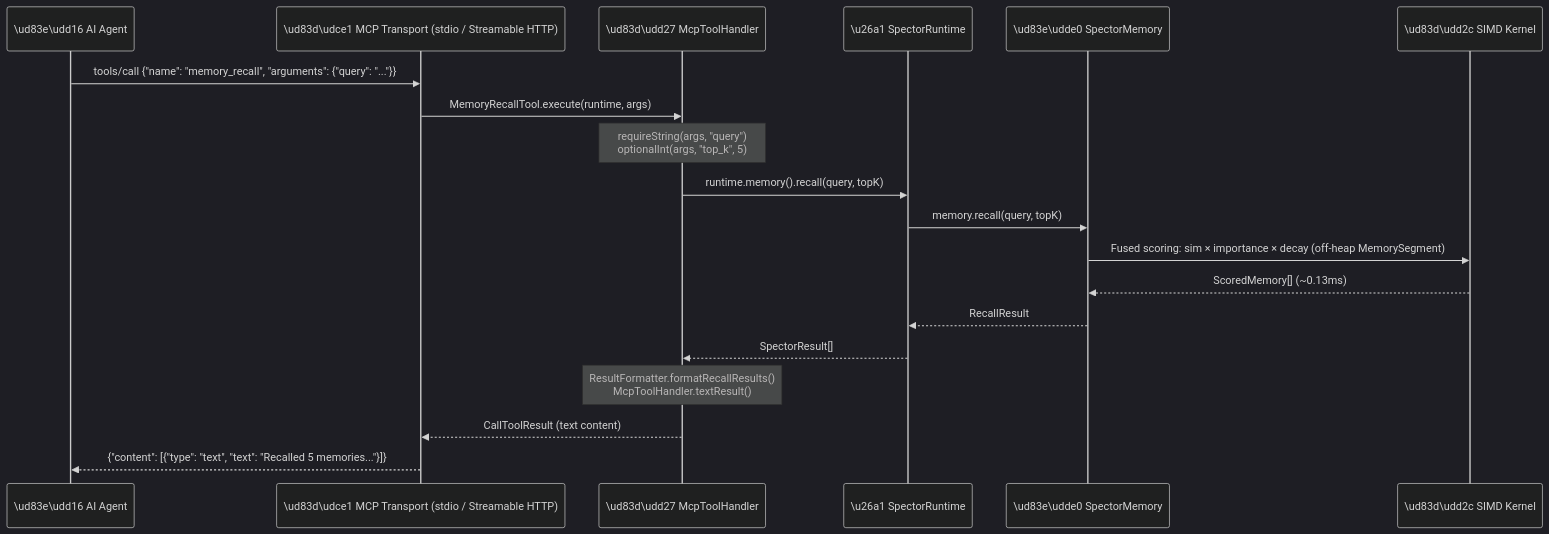
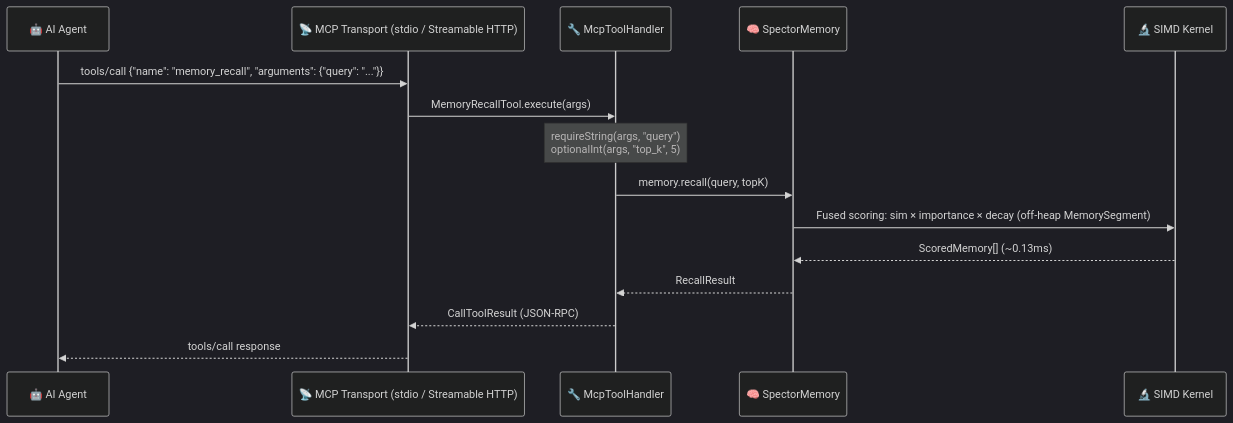
Before and after one commit to spectrayan/spector: the second of 4 diagrams in docs/docs/architecture/mcp-integration.md, drawn with Mermaid (dark theme). The commit also changed other lines of this file and 125 other files, not shown here.

First line of the commit message:
refactor(synapse): consolidate mcp and cli into spectorctl, decommission runtime dist and client (#658)

````diff
--- a/docs/docs/architecture/mcp-integration.md
+++ b/docs/docs/architecture/mcp-integration.md
@@ -87,26 +82,20 @@
 ```mermaid
 sequenceDiagram
-    participant Agent as \ud83e\udd16 AI Agent
-    participant MCP as \ud83d\udce1 MCP Transport (stdio / Streamable HTTP)
-    participant Handler as \ud83d\udd27 McpToolHandler
-    participant Runtime as \u26a1 SpectorRuntime
-    participant Memory as \ud83e\udde0 SpectorMemory
-    participant SIMD as \ud83d\udd2c SIMD Kernel
+    participant Agent as 🤖 AI Agent
+    participant MCP as 📡 MCP Transport (stdio / Streamable HTTP)
+    participant Handler as 🔧 McpToolHandler
+    participant Memory as 🧠 SpectorMemory
+    participant SIMD as 🔬 SIMD Kernel
 
     Agent->>MCP: tools/call {"name": "memory_recall", "arguments": {"query": "..."}}
-    MCP->>Handler: MemoryRecallTool.execute(runtime, args)
+    MCP->>Handler: MemoryRecallTool.execute(args)
     
     Note over Handler: requireString(args, "query")<br/>optionalInt(args, "top_k", 5)
     
-    Handler->>Runtime: runtime.memory().recall(query, topK)
-    Runtime->>Memory: memory.recall(query, topK)
+    Handler->>Memory: memory.recall(query, topK)
     Memory->>SIMD: Fused scoring: sim × importance × decay (off-heap MemorySegment)
     SIMD-->>Memory: ScoredMemory[] (~0.13ms)
-    Memory-->>Runtime: RecallResult
-    Runtime-->>Handler: SpectorResult[]
-    
-    Note over Handler: ResultFormatter.formatRecallResults()<br/>McpToolHandler.textResult()
-    
-    Handler-->>MCP: CallToolResult (text content)
-    MCP-->>Agent: {"content": [{"type": "text", "text": "Recalled 5 memories..."}]}
+    Memory-->>Handler: RecallResult
+    Handler-->>MCP: CallToolResult (JSON-RPC)
+    MCP-->>Agent: tools/call response
 ```
````
